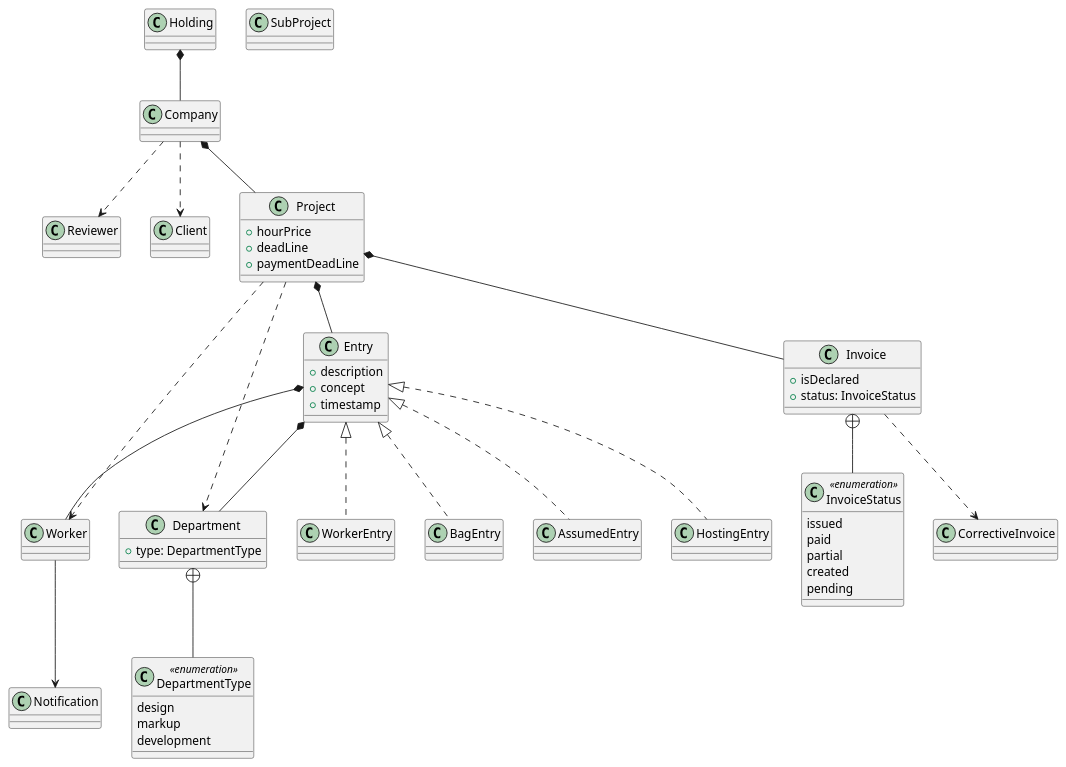
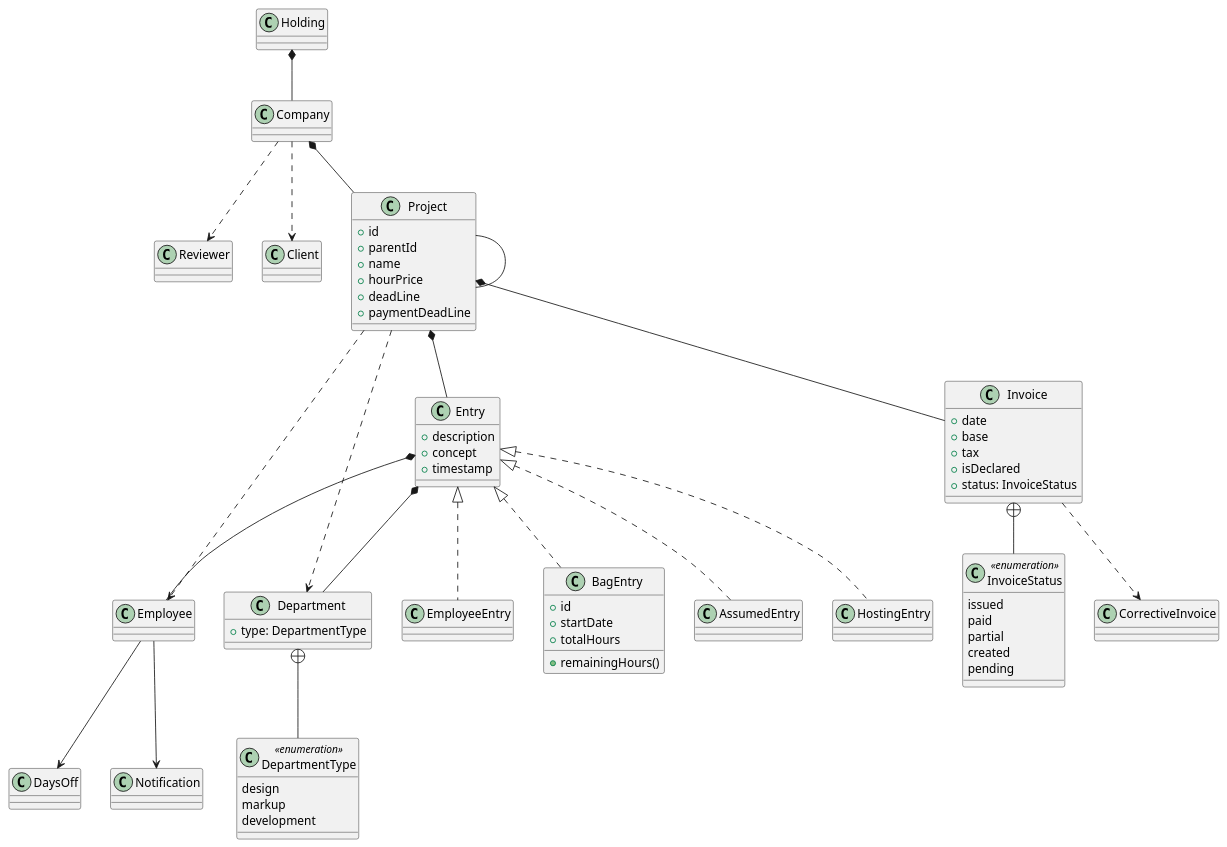
Before and after one commit to omatech/group-2-team-manager: the diagram in docs/domain_model.wsd, drawn with PlantUML. The commit also changed 4 other files, not shown here.

```diff
--- a/docs/domain_model.wsd
+++ b/docs/domain_model.wsd
@@ -1,59 +1,72 @@
 @startuml
   class Holding
-  class Worker
+  class Employee
   class Reviewer
   class Client
   class Company
   class Notification
+  class DaysOff
   class Project {
+    + id
+    + parentId
+    + name
     + hourPrice
     + deadLine
     + paymentDeadLine
   }
   class Department {
     + type: DepartmentType
   }
   class DepartmentType << enumeration >> {
     design
     markup
     development
   }
   class Entry {
     + description
     + concept
     + timestamp
   }
-  class WorkerEntry implements Entry
-  class BagEntry implements Entry
+  class EmployeeEntry implements Entry
+  class BagEntry implements Entry {
+    + id
+    + startDate
+    + totalHours
+    + remainingHours()
+  }
   class AssumedEntry implements Entry
   class HostingEntry implements Entry
   class Invoice {
+    + date
+    + base
+    + tax
     + isDeclared
     + status: InvoiceStatus
   }
   class InvoiceStatus << enumeration >> {
     issued
     paid
     partial
     created
     pending
   }
   class CorrectiveInvoice
-  class SubProject
   
   Holding *-- Company
   Company *-- Project
   Company ..> Client
   Company ..> Reviewer
   Project ..> Department
-  Project ..> Worker
+  Project ..> Employee
   Project *-- Entry
-  Entry *-- Worker
+  Project *-- Invoice
+  Project -- Project
+  Entry *-- Employee
   Entry *-- Department
-  Project *-- Invoice
-  Worker --> Notification
+  Employee --> Notification
+  Employee --> DaysOff
   Invoice ..> CorrectiveInvoice
   Invoice +-- InvoiceStatus
   Department +-- DepartmentType
 
 @enduml
```
